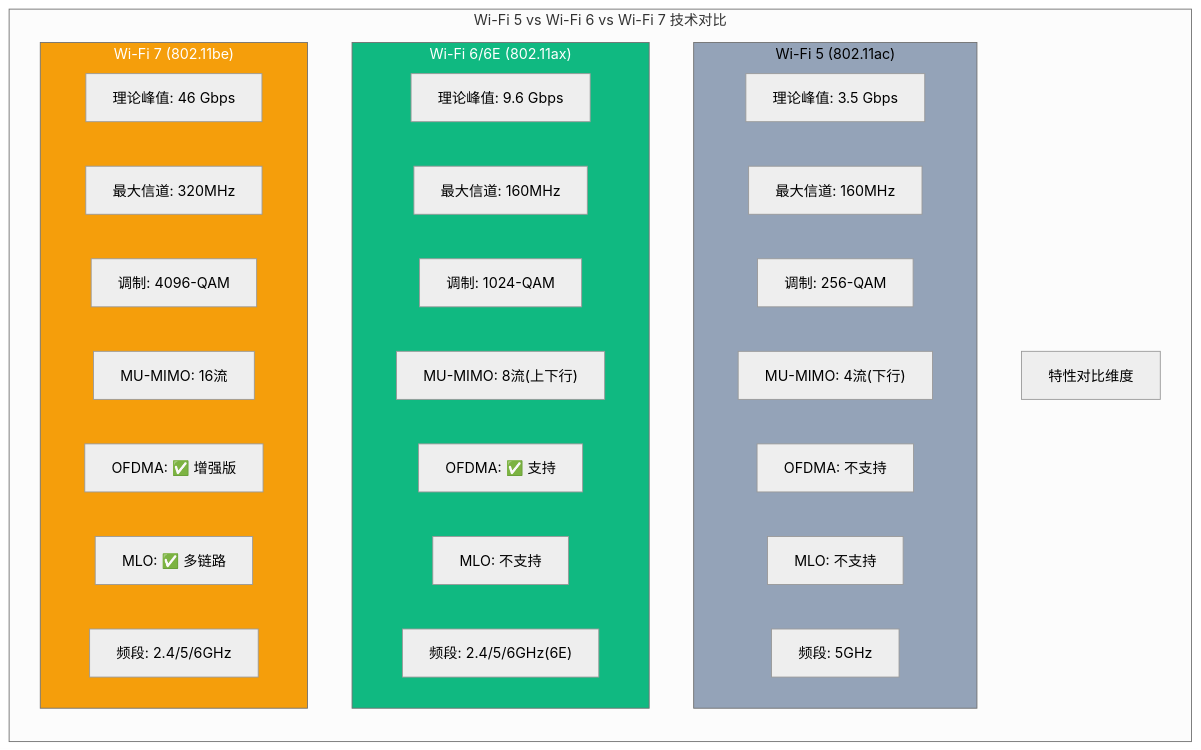
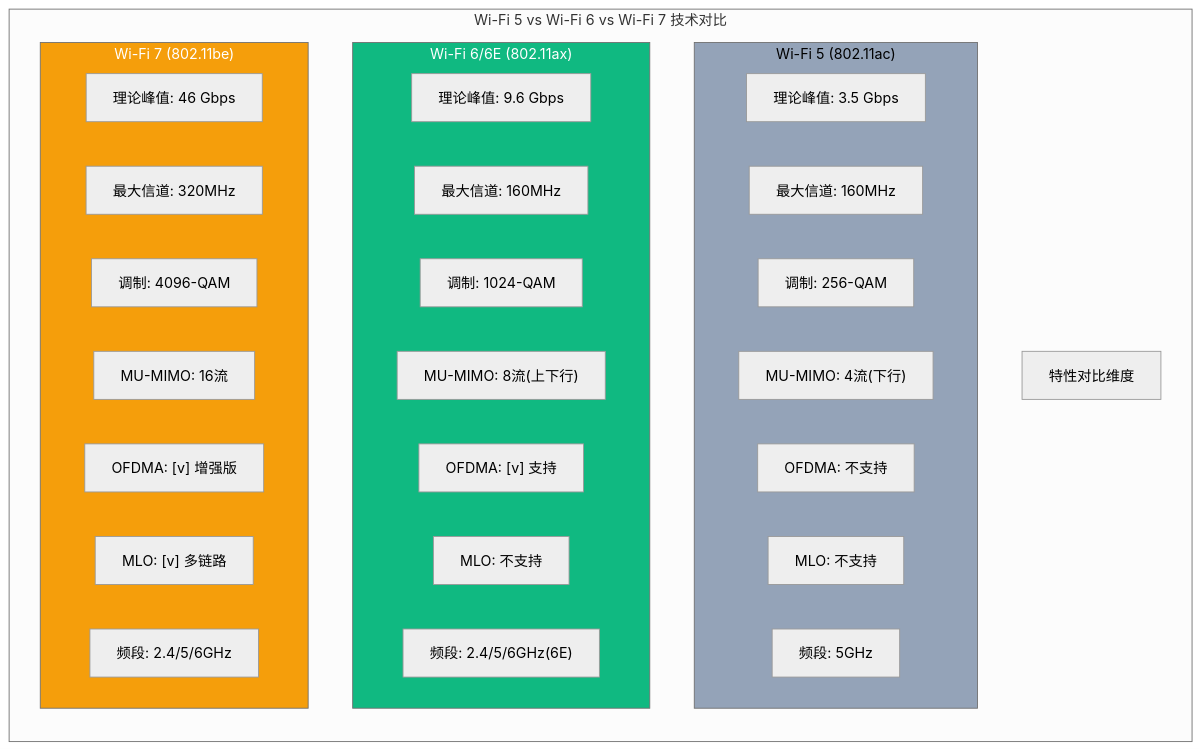
The fifth of 8 diagrams in docs/guide/wireless/wifi-standards.md (SKT-Shurima/NetworkMastery), drawn with Mermaid (neutral theme) before and after one commit. The commit also changed other lines of this file and 54 other files, not shown here.

````diff
--- a/docs/guide/wireless/wifi-standards.md
+++ b/docs/guide/wireless/wifi-standards.md
@@ -318,41 +318,41 @@
 ```mermaid
 graph LR
     subgraph Comparison["Wi-Fi 5 vs Wi-Fi 6 vs Wi-Fi 7 技术对比"]
         direction TB
         Header["特性对比维度"]
 
         subgraph WiFi5["Wi-Fi 5 (802.11ac)"]
             W5_speed["理论峰值: 3.5 Gbps"]
             W5_channel["最大信道: 160MHz"]
             W5_qam["调制: 256-QAM"]
             W5_mimo["MU-MIMO: 4流(下行)"]
             W5_ofdma["OFDMA: 不支持"]
             W5_mlo["MLO: 不支持"]
             W5_freq["频段: 5GHz"]
         end
 
         subgraph WiFi6["Wi-Fi 6/6E (802.11ax)"]
             W6_speed["理论峰值: 9.6 Gbps"]
             W6_channel["最大信道: 160MHz"]
             W6_qam["调制: 1024-QAM"]
             W6_mimo["MU-MIMO: 8流(上下行)"]
-            W6_ofdma["OFDMA: ✅ 支持"]
+            W6_ofdma["OFDMA: [v] 支持"]
             W6_mlo["MLO: 不支持"]
             W6_freq["频段: 2.4/5/6GHz(6E)"]
         end
 
         subgraph WiFi7["Wi-Fi 7 (802.11be)"]
             W7_speed["理论峰值: 46 Gbps"]
             W7_channel["最大信道: 320MHz"]
             W7_qam["调制: 4096-QAM"]
             W7_mimo["MU-MIMO: 16流"]
-            W7_ofdma["OFDMA: ✅ 增强版"]
-            W7_mlo["MLO: ✅ 多链路"]
+            W7_ofdma["OFDMA: [v] 增强版"]
+            W7_mlo["MLO: [v] 多链路"]
             W7_freq["频段: 2.4/5/6GHz"]
         end
     end
 
     style WiFi5 fill:#94a3b8,color:#000
     style WiFi6 fill:#10b981,color:#fff
     style WiFi7 fill:#f59e0b,color:#fff
 ```
````
